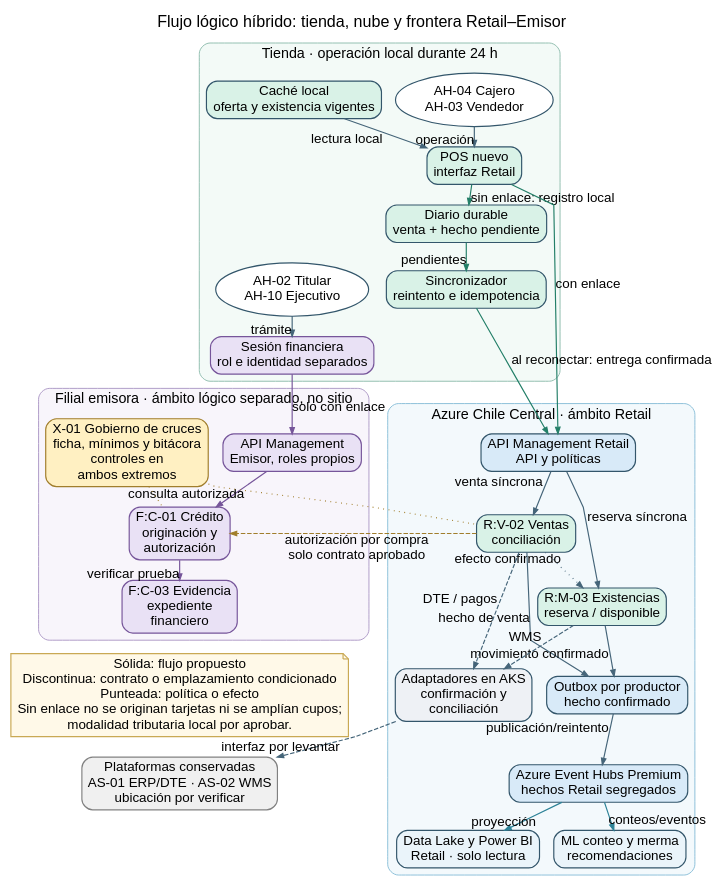
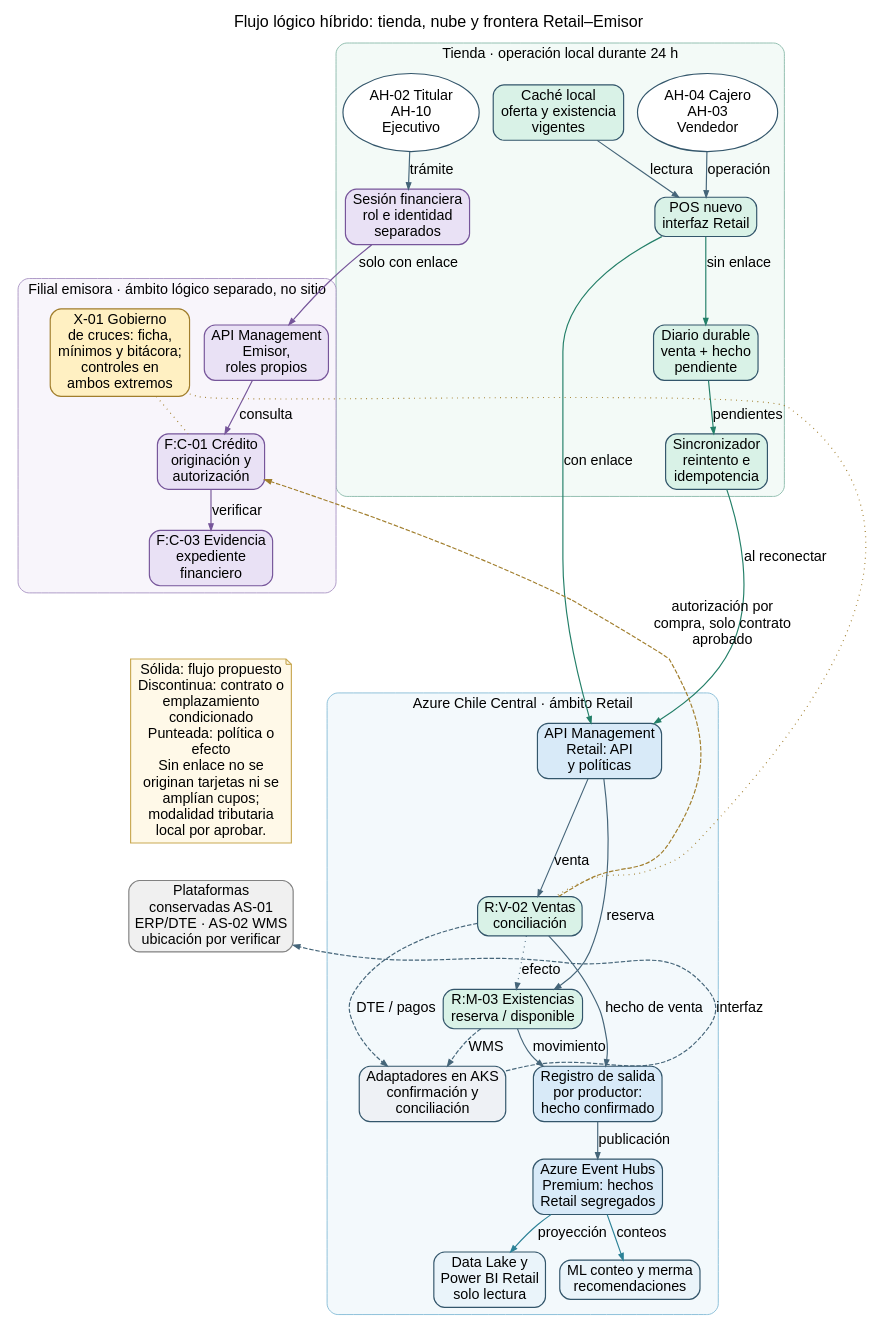
The diagram in 04_Adjuntos/diagramas/diag-04-10_flujo-hibrido-tienda.dot (ManuelsAguilera/LicitacionContexto), drawn with Graphviz before and after one commit. The commit also changed 80 other files, not shown here.

First line of the commit message:
Actualiza diagramas y figuras del SD-04 y recompila la vista previa

```diff
--- a/04_Adjuntos/diagramas/diag-04-10_flujo-hibrido-tienda.dot
+++ b/04_Adjuntos/diagramas/diag-04-10_flujo-hibrido-tienda.dot
@@ -1,69 +1,96 @@
-// Figura 4.10 de SD-04. Fuente reproducible: dot -Tpdf / -Tsvg (Graphviz).
-// Derivada de diag-04-03_flujo-hibrido.dot (borradores/); misma estructura, rótulos Azure (ADR-06, ADR-07).
+// Figura 4.10 de SD-04. Fuente de rejilla: diag-04-rejilla_layout.py genera el .dot con posiciones, que se dibuja con neato -n.
+// Derivada de diag-04-03_flujo-hibrido.dot (borradores/); rótulos Azure (ADR-06, ADR-07); rótulos de arista abreviados.
 digraph flujo_hibrido {
-  graph [rankdir=TB, newrank=true, bgcolor="white", pad="0.06", nodesep="0.22", ranksep="0.32", splines=polyline, forcelabels=true, fontname="Arial", fontsize=18, label="Flujo lógico híbrido: tienda, nube y frontera Retail–Emisor", labelloc=t];
-  node [shape=box, style="rounded,filled", color="#33566B", penwidth=1.3, fillcolor="#EAF4FA", fontname="Arial", fontsize=15, margin="0.10,0.06"];
-  edge [color="#456579", penwidth=1.3, arrowsize=0.72, fontname="Arial", fontsize=15];
+  graph [gxgaps="1:50", gygaps="1:30,2:62,3:26,4:48,5:34,6:34"];
+  graph [rankdir=TB, newrank=true, bgcolor="white", pad="0.06", nodesep="0.22", ranksep="0.32", splines=true, forcelabels=true, fontname="Arial", fontsize=18, label="Flujo lógico híbrido: tienda, nube y frontera Retail–Emisor", labelloc=t];
+  node [shape=box, style="rounded,filled", color="#33566B", penwidth=1.3, fillcolor="#EAF4FA", fontname="Arial", fontsize=16, margin="0.10,0.06"];
+  edge [color="#456579", penwidth=1.3, arrowsize=0.72, fontname="Arial", fontsize=16];
 
   subgraph cluster_tienda {
     label="Tienda · operación local durante 24 h"; color="#88B9A9"; style="rounded,filled"; fillcolor="#F3FAF7"; fontname="Arial"; fontsize=16;
-    actor [label="AH-04 Cajero\nAH-03 Vendedor", shape=ellipse, fillcolor="white"];
-    pos [label="POS nuevo\ninterfaz Retail", fillcolor="#D9F2E7"];
-    cache [label="Caché local\noferta y existencia vigentes", fillcolor="#D9F2E7"];
-    diario [label="Diario durable\nventa + hecho pendiente", fillcolor="#D9F2E7"];
-    relay [label="Sincronizador\nreintento e idempotencia", fillcolor="#D9F2E7"];
-    fin_actor [label="AH-02 Titular\nAH-10 Ejecutivo", shape=ellipse, fillcolor="white"];
-    fin_ui [label="Sesión financiera\nrol e identidad separados", fillcolor="#E9E1F5", color="#76559A"];
-    actor -> pos [xlabel="operación"];
-    cache -> pos [xlabel="lectura local", constraint=false];
-    pos -> diario [xlabel="sin enlace: registro local", color="#237F68"];
-    diario -> relay [xlabel="pendientes", color="#237F68"];
-    fin_actor -> fin_ui [xlabel="trámite"];
+    actor [gx=1, gy=1, label="AH-04 Cajero\nAH-03\nVendedor", shape=ellipse, fillcolor="white"];
+    pos [gx=1, gy=2, label="POS nuevo\ninterfaz Retail", fillcolor="#D9F2E7"];
+    cache [gx=0, gy=2, label="Caché local\noferta y existencia\nvigentes", fillcolor="#D9F2E7"];
+    diario [gx=1, gy=3, label="Diario durable\nventa + hecho\npendiente", fillcolor="#D9F2E7"];
+    relay [gx=1, gy=4, label="Sincronizador\nreintento e\nidempotencia", fillcolor="#D9F2E7"];
+    fin_actor [gx=0, gy=0, label="AH-02 Titular\nAH-10\nEjecutivo", shape=ellipse, fillcolor="white"];
+    fin_ui [gx=1, gy=0, label="Sesión financiera\nrol e identidad\nseparados", fillcolor="#E9E1F5", color="#76559A"];
+    actor -> pos [label="operación"];
+    cache -> pos [label="lectura", constraint=false];
+    pos -> diario [label="sin enlace", color="#237F68"];
+    diario -> relay [label="pendientes", color="#237F68"];
+    fin_actor -> fin_ui [label="trámite"];
   }
 
   subgraph cluster_retail {
     label="Azure Chile Central · ámbito Retail"; color="#83BBD6"; style="rounded,filled"; fillcolor="#F3F9FC"; fontname="Arial"; fontsize=16;
-    gateway_r [label="API Management Retail\nAPI y políticas", fillcolor="#D8EAF8"];
-    venta [label="R:V-02 Ventas\nconciliación", fillcolor="#D9F2E7"];
-    stock [label="R:M-03 Existencias\nreserva / disponible", fillcolor="#D9F2E7"];
-    outbox [label="Outbox por productor\nhecho confirmado", fillcolor="#D8EAF8"];
-    broker [label="Azure Event Hubs Premium\nhechos Retail segregados", fillcolor="#D8EAF8"];
-    bi [label="Data Lake y Power BI\nRetail · solo lectura", fillcolor="#EAF4FA"];
-    ml [label="ML conteo y merma\nrecomendaciones", fillcolor="#EAF4FA"];
-    adapt [label="Adaptadores en AKS\nconfirmación y\nconciliación", fillcolor="#EEF1F5"];
-    gateway_r -> stock [xlabel="reserva síncrona"];
-    gateway_r -> venta [xlabel="venta síncrona"];
-    venta -> stock [xlabel="efecto confirmado", style=dotted];
-    venta -> outbox [xlabel="hecho de venta"];
-    stock -> outbox [xlabel="movimiento confirmado"];
-    outbox -> broker [xlabel="publicación/reintento"];
-    broker -> bi [xlabel="proyección", color="#2C8297"];
-    broker -> ml [xlabel="conteos/eventos", color="#2C8297"];
-    venta -> adapt [xlabel="DTE / pagos", style=dashed];
-    stock -> adapt [xlabel="WMS", style=dashed];
+    gateway_r [gx=2, gy=3, label="API Management\nRetail: API\ny políticas", fillcolor="#D8EAF8"];
+    venta [gx=3, gy=4, label="R:V-02 Ventas\nconciliación", fillcolor="#D9F2E7"];
+    stock [gx=2, gy=4, label="R:M-03 Existencias\nreserva / disponible", fillcolor="#D9F2E7"];
+    outbox [gx=2, gy=5, label="Registro de salida\npor productor:\nhecho confirmado", fillcolor="#D8EAF8"];
+    broker [gx=2, gy=6, label="Azure Event Hubs\nPremium: hechos\nRetail segregados", fillcolor="#D8EAF8"];
+    bi [gx=2, gy=7, label="Data Lake y\nPower BI Retail\nsolo lectura", fillcolor="#EAF4FA"];
+    ml [gx=3, gy=7, label="ML conteo y merma\nrecomendaciones", fillcolor="#EAF4FA"];
+    adapt [gx=3, gy=5, label="Adaptadores en AKS\nconfirmación y\nconciliación", fillcolor="#EEF1F5"];
+    gateway_r -> stock [label="reserva"];
+    gateway_r -> venta [label="venta"];
+    venta -> stock [label="efecto", style=dotted];
+    venta -> outbox [label="hecho de venta"];
+    stock -> outbox [label="movimiento"];
+    outbox -> broker [label="publicación"];
+    broker -> bi [label="proyección", color="#2C8297"];
+    broker -> ml [label="conteos", color="#2C8297"];
+    venta -> adapt [label="DTE / pagos", style=dashed];
+    stock -> adapt [label="WMS", style=dashed];
   }
 
   subgraph cluster_emisor {
     label="Filial emisora · ámbito lógico separado, no sitio"; color="#A892C3"; style="rounded,filled"; fillcolor="#F8F5FB"; fontname="Arial"; fontsize=16;
-    gateway_f [label="API Management\nEmisor, roles propios", fillcolor="#E9E1F5", color="#76559A"];
-    credito [label="F:C-01 Crédito\noriginación y\nautorización", fillcolor="#E9E1F5", color="#76559A"];
-    evidencia [label="F:C-03 Evidencia\nexpediente\nfinanciero", fillcolor="#E9E1F5", color="#76559A"];
-    x01 [label="X-01 Gobierno de cruces\nficha, mínimos y bitácora\ncontroles en\nambos extremos", fillcolor="#FFF0C2", color="#A17E2C"];
-    gateway_f -> credito [xlabel="consulta autorizada", color="#76559A"];
-    credito -> evidencia [xlabel="verificar prueba", color="#76559A"];
+    gateway_f [gx=2, gy=0, label="API Management\nEmisor,\nroles propios", fillcolor="#E9E1F5", color="#76559A"];
+    credito [gx=2, gy=1, label="F:C-01 Crédito\noriginación y\nautorización", fillcolor="#E9E1F5", color="#76559A"];
+    evidencia [gx=3, gy=0, label="F:C-03 Evidencia\nexpediente\nfinanciero", fillcolor="#E9E1F5", color="#76559A"];
+    x01 [gx=3, gy=1, label="X-01 Gobierno\nde cruces: ficha,\nmínimos y bitácora;\ncontroles en\nambos extremos", fillcolor="#FFF0C2", color="#A17E2C"];
+    gateway_f -> credito [label="consulta", color="#76559A"];
+    credito -> evidencia [label="verificar", color="#76559A"];
     x01 -> credito [style=dotted, arrowhead=none, color="#A17E2C"];
   }
 
-  plataformas [label="Plataformas conservadas\nAS-01 ERP/DTE · AS-02 WMS\nubicación por verificar", fillcolor="#F0F0F0", color="#818181"];
-  pos -> gateway_r [xlabel="con enlace", color="#237F68"];
-  relay -> gateway_r [xlabel="al reconectar: entrega confirmada", color="#237F68", minlen=2];
-  fin_ui -> gateway_f [xlabel="solo con enlace", color="#76559A"];
-  venta -> credito [xlabel="autorización por compra\nsolo contrato aprobado", color="#A17E2C", style=dashed, constraint=false];
+  plataformas [gx=3, gy=6, label="Plataformas\nconservadas AS-01\nERP/DTE · AS-02 WMS\nubicación por verificar", fillcolor="#F0F0F0", color="#818181"];
+  pos -> gateway_r [label="con enlace", color="#237F68"];
+  relay -> gateway_r [label="al reconectar", color="#237F68", minlen=2];
+  fin_ui -> gateway_f [label="solo con enlace", color="#76559A"];
+  venta -> credito [label="autorización por\ncompra, solo contrato\naprobado", color="#A17E2C", style=dashed, constraint=false];
   x01 -> venta [style=dotted, arrowhead=none, color="#A17E2C", constraint=false];
-  adapt -> plataformas [xlabel="interfaz por levantar", style=dashed, constraint=false];
+  adapt -> plataformas [label="interfaz", style=dashed, constraint=false];
 
-  nota [label="Sólida: flujo propuesto\nDiscontinua: contrato o emplazamiento condicionado\nPunteada: política o efecto\nSin enlace no se originan tarjetas ni se amplían cupos;\nmodalidad tributaria local por aprobar.", shape=note, fillcolor="#FFF9E8", color="#C9A954", fontsize=15];
+  nota [gx=0, gy=5, gy2=7, label="Sólida: flujo propuesto\nDiscontinua: contrato o\nemplazamiento\ncondicionado\nPunteada: política o\nefecto\nSin enlace no se\noriginan tarjetas ni se\namplían cupos;\nmodalidad tributaria\nlocal por aprobar.", shape=note, fillcolor="#FFF9E8", color="#C9A954", fontsize=16];
   evidencia -> nota [style=invis];
   nota -> plataformas [style=invis];
-  {rank=same; gateway_r; gateway_f;}
+  
+
+  actor [pos="276.7,-165.0"];
+  pos [pos="276.7,-278.6"];
+  cache [pos="90.1,-278.6"];
+  diario [pos="276.7,-405.5"];
+  relay [pos="276.7,-496.4"];
+  fin_actor [pos="90.1,-45.9"];
+  fin_ui [pos="276.7,-45.9"];
+  gateway_r [pos="483.0,-405.5"];
+  venta [pos="670.7,-496.4"];
+  stock [pos="483.0,-496.4"];
+  outbox [pos="483.0,-609.3"];
+  broker [pos="483.0,-717.5"];
+  bi [pos="483.0,-825.8"];
+  ml [pos="670.7,-825.8"];
+  adapt [pos="670.7,-609.3"];
+  gateway_f [pos="483.0,-45.9"];
+  credito [pos="483.0,-165.0"];
+  evidencia [pos="670.7,-45.9"];
+  x01 [pos="670.7,-165.0"];
+  plataformas [pos="670.7,-717.5"];
+  nota [pos="90.1,-717.5"];
+  subgraph cluster_tienda { bb="8.6,-533.8,360.3,36.0"; }
+  subgraph cluster_retail { bb="400.3,-863.3,757.5,-337.1"; }
+  subgraph cluster_emisor { bb="361.2,-221.2,800.7,22.6"; }
+  graph [margin=0, bb="-6.0,-869.3,806.7,42.0"];
 }
```
